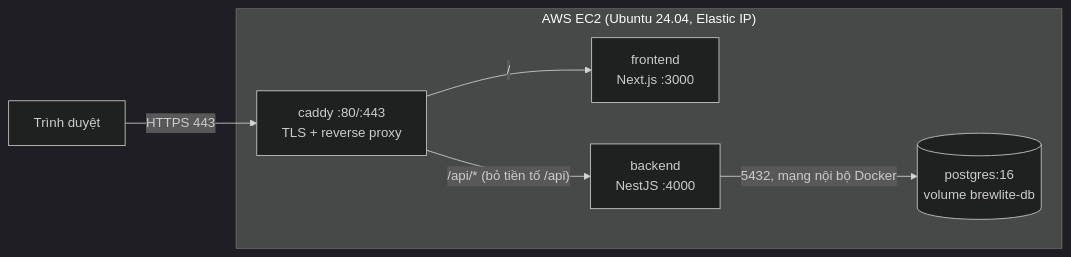
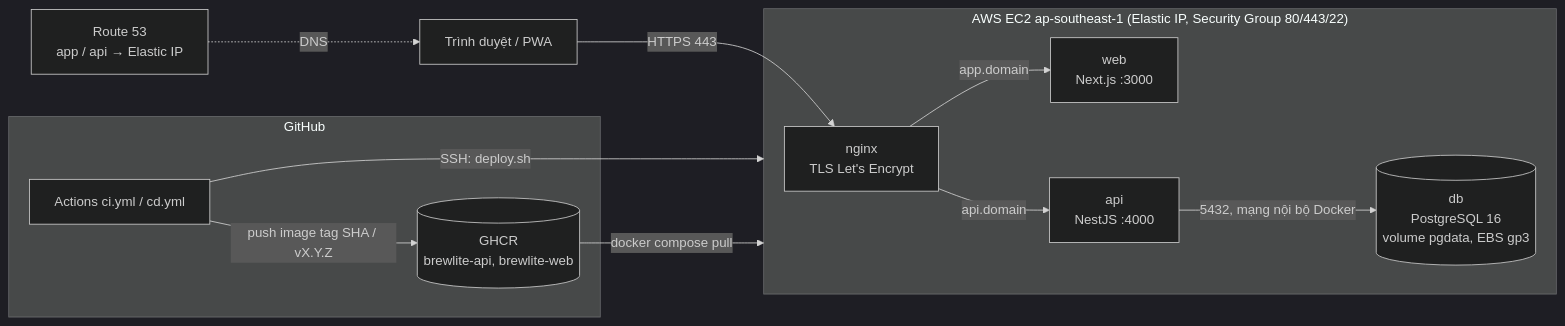
One commit to quithien22/brewlite- changed the diagram in docs/deployment.md. Above: the diagram before and after it, drawn with Mermaid (dark theme). The commit also changed other lines of this file and 4 other files, not shown here.

````diff
--- a/docs/deployment.md
+++ b/docs/deployment.md
@@ -11,13 +24,21 @@
 ```mermaid
 flowchart LR
-  U[Trình duyệt] -- HTTPS 443 --> C
-  subgraph EC2["AWS EC2 (Ubuntu 24.04, Elastic IP)"]
-    C[caddy :80/:443<br/>TLS + reverse proxy]
-    W[frontend<br/>Next.js :3000]
-    A[backend<br/>NestJS :4000]
-    D[(postgres:16<br/>volume brewlite-db)]
-    C -- "/" --> W
-    C -- "/api/* (bỏ tiền tố /api)" --> A
-    A -- 5432, mạng nội bộ Docker --> D
+  U[Trình duyệt / PWA] -- HTTPS 443 --> N
+  subgraph EC2["AWS EC2 ap-southeast-1 (Elastic IP, Security Group 80/443/22)"]
+    N[nginx<br/>TLS Let's Encrypt]
+    W[web<br/>Next.js :3000]
+    A[api<br/>NestJS :4000]
+    D[(db<br/>PostgreSQL 16<br/>volume pgdata, EBS gp3)]
+    N -- "app.domain" --> W
+    N -- "api.domain" --> A
+    A -- "5432, mạng nội bộ Docker" --> D
   end
+  R53[Route 53<br/>app / api → Elastic IP] -.DNS.-> U
+  subgraph GH["GitHub"]
+    CI[Actions ci.yml / cd.yml]
+    G[(GHCR<br/>brewlite-api, brewlite-web)]
+  end
+  CI -- push image tag SHA / vX.Y.Z --> G
+  CI -- "SSH: deploy.sh" --> EC2
+  G -- docker compose pull --> EC2
 ```
````
